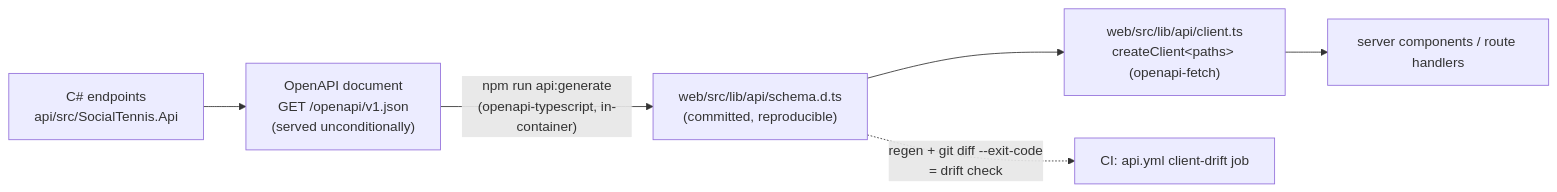
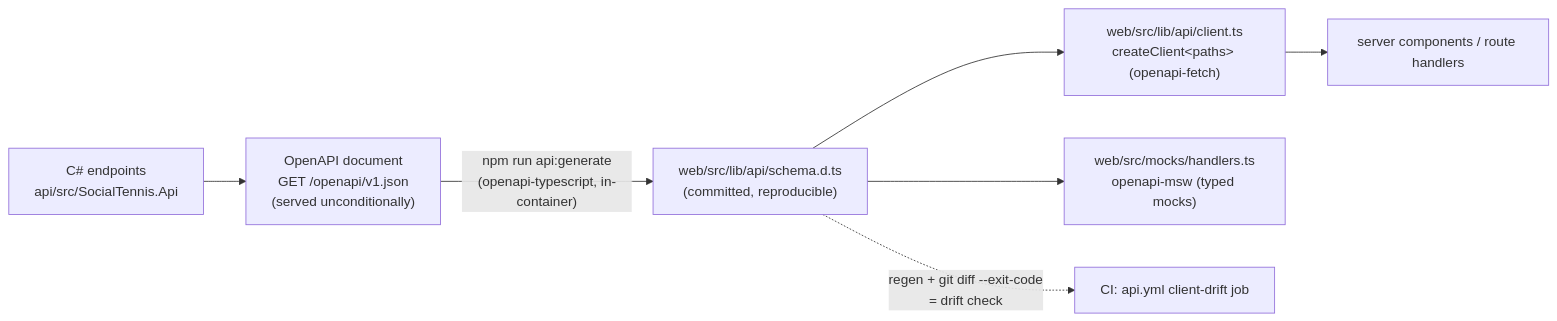
Before and after one commit to l1em1on1/social-tennis: the fifth of 9 diagrams in docs/architecture.md, drawn with Mermaid. The commit also changed other lines of this file and 63 other files, not shown here.

````diff
--- a/docs/architecture.md
+++ b/docs/architecture.md
@@ -85,8 +117,9 @@
 ```mermaid
 flowchart LR
     CS["C# endpoints<br/>api/src/SocialTennis.Api"] --> DOC["OpenAPI document<br/>GET /openapi/v1.json<br/>(served unconditionally)"]
     DOC -->|"npm run api:generate<br/>(openapi-typescript, in-container)"| SCHEMA["web/src/lib/api/schema.d.ts<br/>(committed, reproducible)"]
     SCHEMA --> CLIENT["web/src/lib/api/client.ts<br/>createClient&lt;paths&gt; (openapi-fetch)"]
     CLIENT --> PAGES["server components / route handlers"]
+    SCHEMA --> MOCKS["web/src/mocks/handlers.ts<br/>openapi-msw (typed mocks)"]
     SCHEMA -.->|"regen + git diff --exit-code<br/>= drift check"| CI["CI: api.yml client-drift job"]
 ```
````
